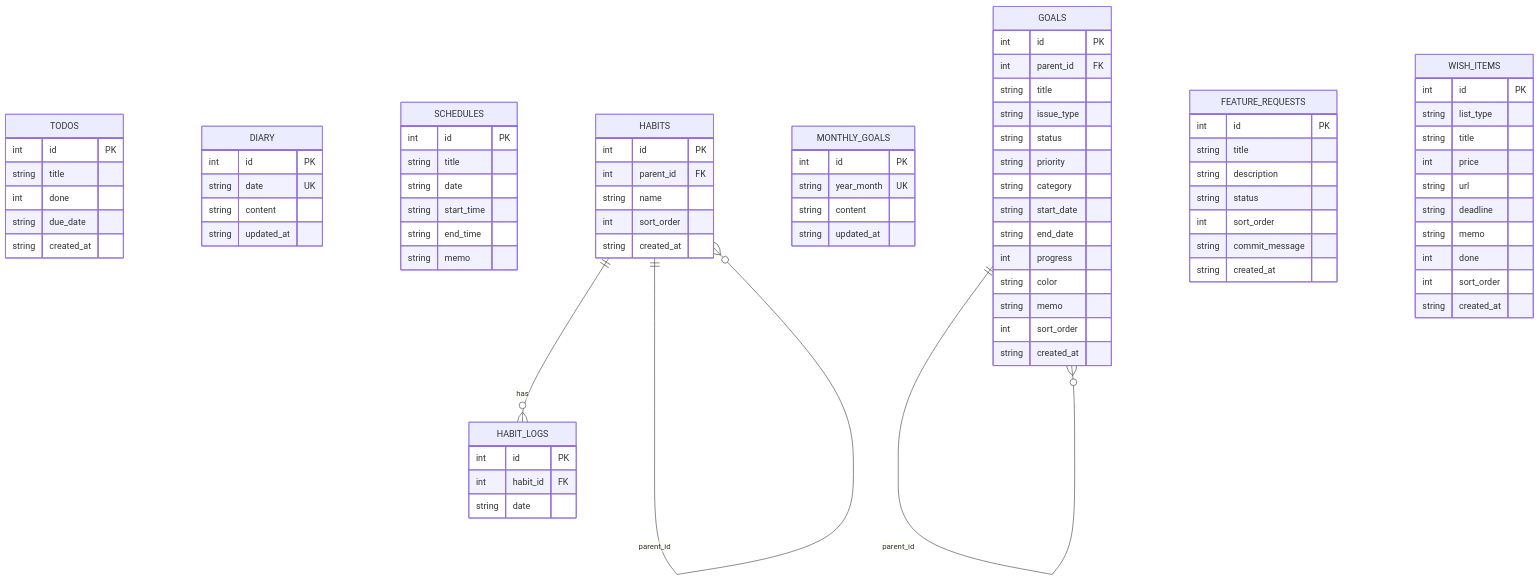
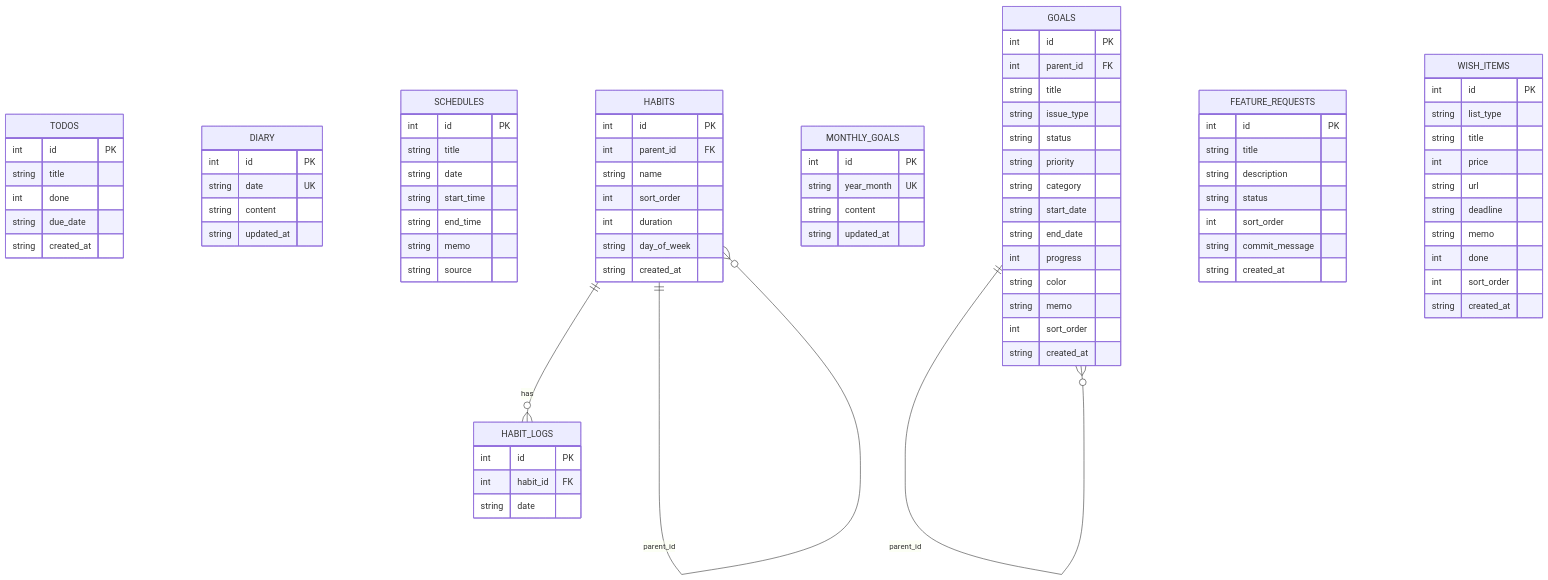
One commit to tkmain-dev/self-os changed the diagram in docs/database.md. Above: the diagram before and after it, drawn with Mermaid. The commit also changed other lines of this file and 13 other files, not shown here.

```diff
--- a/docs/database.md
+++ b/docs/database.md
@@ -34,6 +34,7 @@
         string start_time
         string end_time
         string memo
+        string source
     }
 
     HABITS {
@@ -41,6 +42,8 @@
         int parent_id FK
         string name
         int sort_order
+        int duration
+        string day_of_week
         string created_at
     }
 
```
